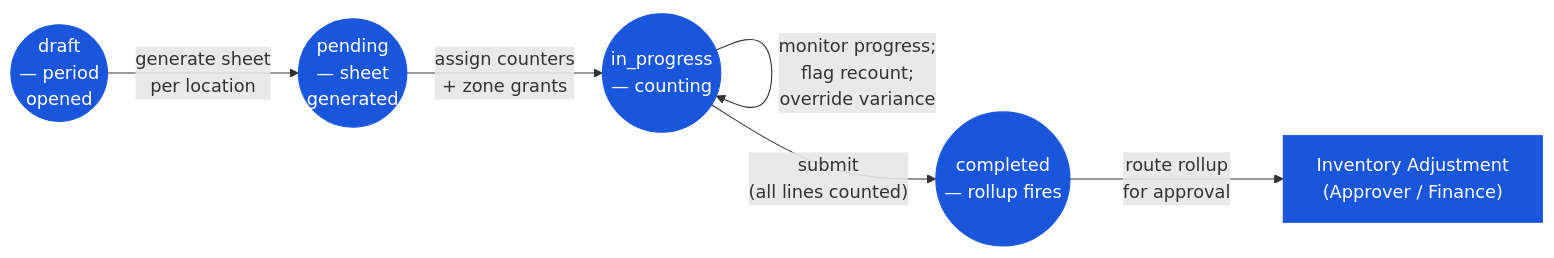
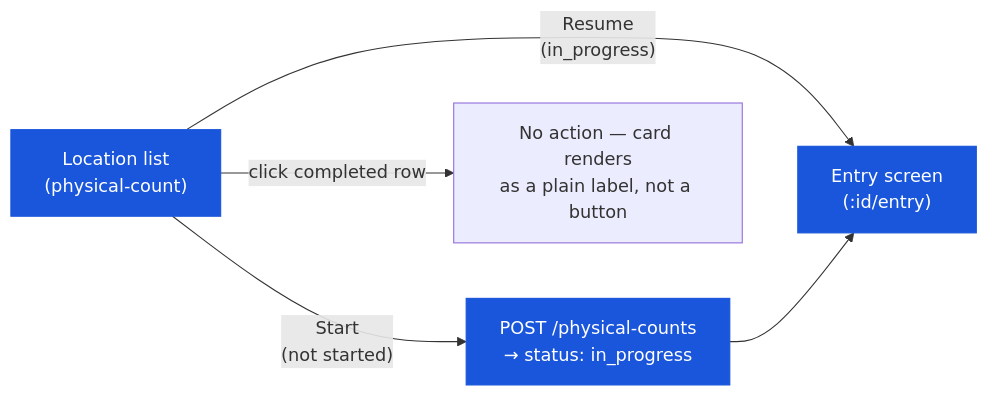
Before and after one commit to CarmenSoftware-organization/carmen-wiki: the diagram in en/inventory/physical-count/03-user-flow-count-lead.md, drawn with Mermaid. The commit also changed other lines of this file and 22 other files, not shown here.

First line of the commit message:
docs(resync): physical-count snapshot — near-total rewrite; module documented a fabricated three-tier persona model, real flow is a single-permission list→entry→review→submit journey whose rollup never reaches the inventory ledger

````diff
--- a/en/inventory/physical-count/03-user-flow-count-lead.md
+++ b/en/inventory/physical-count/03-user-flow-count-lead.md
@@ -23,9 +23,9 @@
 ```mermaid
 graph LR
-    period_create(("draft\n— period\nopened")):::current -->|"generate sheet\nper location"| pending(("pending\n— sheet\ngenerated")):::current
-    pending -->|"assign counters\n+ zone grants"| in_progress(("in_progress\n— counting")):::current
-    in_progress -->|"monitor progress;\nflag recount;\noverride variance"| in_progress
-    in_progress -->|"submit\n(all lines counted)"| completed(("completed\n— rollup fires")):::current
-    completed -->|"route rollup\nfor approval"| adj["Inventory Adjustment\n(Approver / Finance)"]:::current
+    list["Location list\n(physical-count)"] -->|"Start\n(not started)"| create["POST /physical-counts\n→ status: in_progress"]
+    list -->|"Resume\n(in_progress)"| entry
+    create --> entry["Entry screen\n(:id/entry)"]
+    list -->|"click completed row"| noop["No action — card renders\nas a plain label, not a button"]
     classDef current fill:#1a56db,color:#fff,stroke:#1a56db;
+    class list,create,entry current
 ```
````
